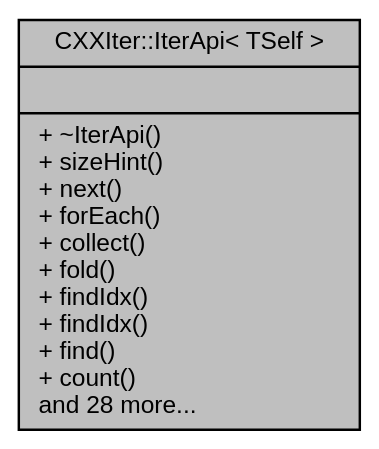
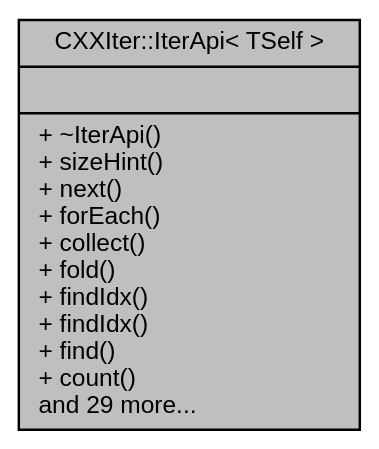
The diagram in classCXXIter_1_1IterApi__coll__graph.dot (seijikun/CXXIter), drawn with Graphviz before and after one commit. The commit also changed 23 other files, not shown here.

```diff
--- a/classCXXIter_1_1IterApi__coll__graph.dot
+++ b/classCXXIter_1_1IterApi__coll__graph.dot
@@ -1,9 +1,9 @@
 digraph "CXXIter::IterApi&lt; TSelf &gt;"
 {
  // INTERACTIVE_SVG=YES
  // LATEX_PDF_SIZE
   bgcolor="transparent";
   edge [fontname="Helvetica",fontsize="10",labelfontname="Helvetica",labelfontsize="10"];
   node [fontname="Helvetica",fontsize="10",shape=record];
-  Node1 [label="{CXXIter::IterApi\< TSelf \>\n||+ ~IterApi()\l+ sizeHint()\l+ next()\l+ forEach()\l+ collect()\l+ fold()\l+ findIdx()\l+ findIdx()\l+ find()\l+ count()\land 28 more...\l}",height=0.2,width=0.4,color="black", fillcolor="grey75", style="filled", fontcolor="black",tooltip="Public Iterator API surface."];
+  Node1 [label="{CXXIter::IterApi\< TSelf \>\n||+ ~IterApi()\l+ sizeHint()\l+ next()\l+ forEach()\l+ collect()\l+ fold()\l+ findIdx()\l+ findIdx()\l+ find()\l+ count()\land 29 more...\l}",height=0.2,width=0.4,color="black", fillcolor="grey75", style="filled", fontcolor="black",tooltip="Public Iterator API surface."];
 }
```
